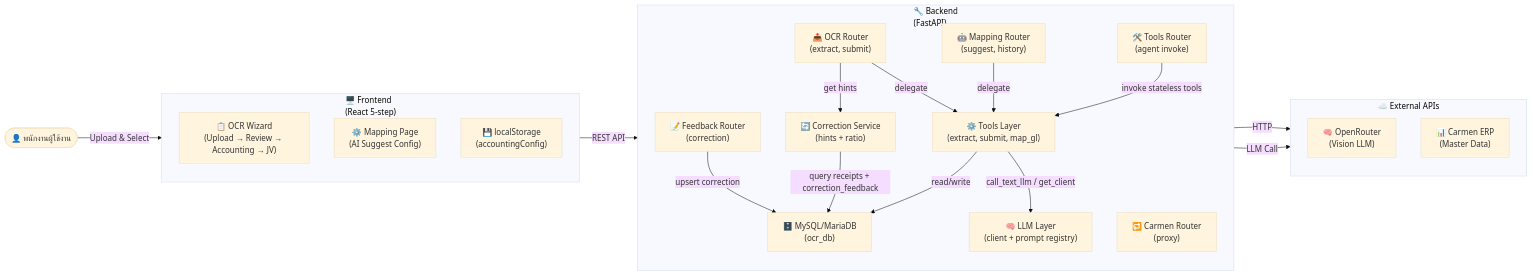
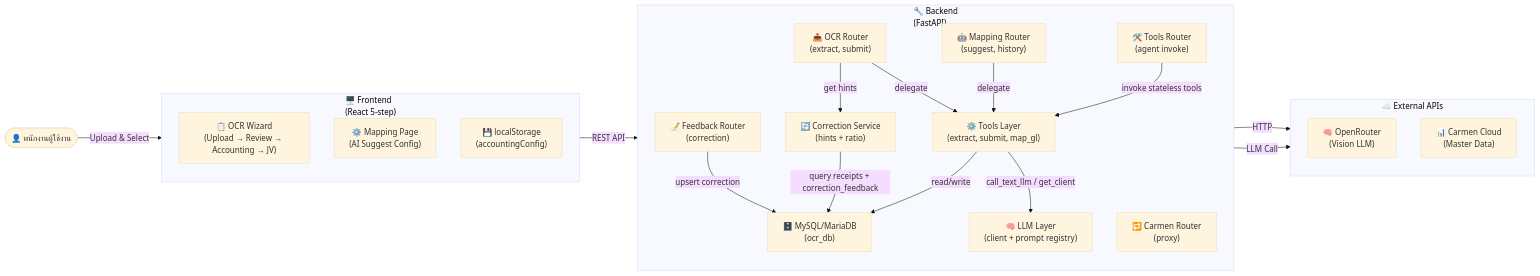
The first of 8 diagrams in docs/Software_Requirements_Specification.md (SupportCarmen/OCR), drawn with Mermaid (base theme) before and after one commit. The commit also changed other lines of this file and 31 other files, not shown here.

````diff
--- a/docs/Software_Requirements_Specification.md
+++ b/docs/Software_Requirements_Specification.md
@@ -52,43 +52,43 @@
 ```mermaid
 flowchart LR
     User(["👤 พนักงานผู้ใช้งาน"])
     
     subgraph Frontend["🖥️ Frontend<br/>(React 5-step)"]
         direction TB
         UI["📋 OCR Wizard<br/>(Upload → Review → Accounting → JV)"]
         Mapping["⚙️ Mapping Page<br/>(AI Suggest Config)"]
         LS["💾 localStorage<br/>(accountingConfig)"]
     end
     
     subgraph Backend["🔧 Backend<br/>(FastAPI)"]
         direction TB
         OCR_R["📤 OCR Router<br/>(extract, submit)"]
         Map_R["🤖 Mapping Router<br/>(suggest, history)"]
         Carmen_R["🔁 Carmen Router<br/>(proxy)"]
         Tools_R["🛠️ Tools Router<br/>(agent invoke)"]
         FB_R["📝 Feedback Router<br/>(correction)"]
         Tools_L["⚙️ Tools Layer<br/>(extract, submit, map_gl)"]
         LLM_L["🧠 LLM Layer<br/>(client + prompt registry)"]
         CorrSvc["🔄 Correction Service<br/>(hints + ratio)"]
         DB["🗄️ MySQL/MariaDB<br/>(ocr_db)"]
     end
     
     subgraph External["☁️ External APIs"]
         direction TB
         OpenRouter["🧠 OpenRouter<br/>(Vision LLM)"]
-        Carmen["📊 Carmen ERP<br/>(Master Data)"]
+        Carmen["📊 Carmen Cloud<br/>(Master Data)"]
     end
 
     User -->|Upload & Select| Frontend
     Frontend -->|REST API| Backend
     OCR_R -->|delegate| Tools_L
     OCR_R -->|get hints| CorrSvc
     Map_R -->|delegate| Tools_L
     Tools_R -->|invoke stateless tools| Tools_L
     Carmen_R -->|HTTP| Carmen
     FB_R -->|upsert correction| DB
     CorrSvc -->|query receipts + correction_feedback| DB
     Tools_L -->|call_text_llm / get_client| LLM_L
     LLM_L -->|LLM Call| OpenRouter
     Tools_L -->|read/write| DB
 ```
````
